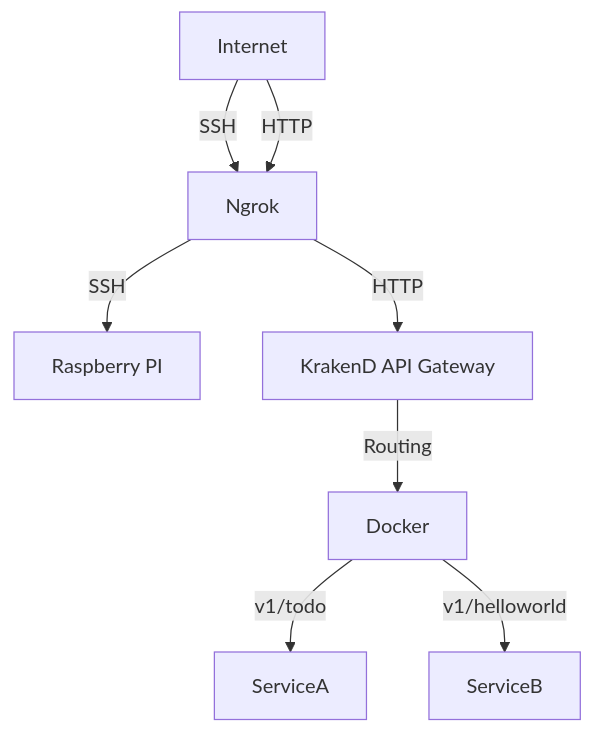
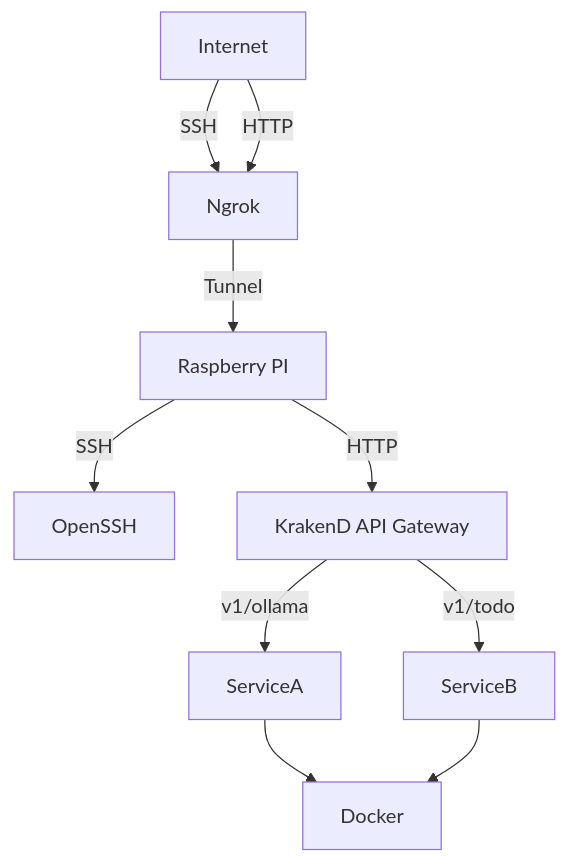
Before and after one commit to antonidag/myraspberrypi: the diagram in README.md, drawn with Mermaid. The commit also changed other lines of this file, not shown here.

````diff
--- a/README.md
+++ b/README.md
@@ -38,10 +36,12 @@
 ```mermaid
 graph TD
     A[Internet] -->|SSH| B[Ngrok]
     A[Internet] -->|HTTP| B[Ngrok]
-    B[Ngrok] -->|SSH| F[Raspberry PI]
-    B[Ngrok] --> |HTTP|C[KrakenD API Gateway]
-    C[KrakenD API Gateway] -->|Routing| G[Docker]
-    G[Docker] -->|v1/todo| SA[ServiceA]
-    G[Docker] --> |v1/helloworld|SB[ServiceB]
+    B[Ngrok] -->|Tunnel| F[Raspberry PI]
+    F[Raspberry PI] --> |SSH| D[OpenSSH]
+    F[Raspberry PI] --> |HTTP| C[KrakenD API Gateway]
+    C[KrakenD API Gateway] -->|v1/ollama| SA[ServiceA]
+    C[KrakenD API Gateway] -->|v1/todo| SB[ServiceA]
+    SA[ServiceA] --> G[Docker] 
+    SB[ServiceB] --> G[Docker]
 ```
````
